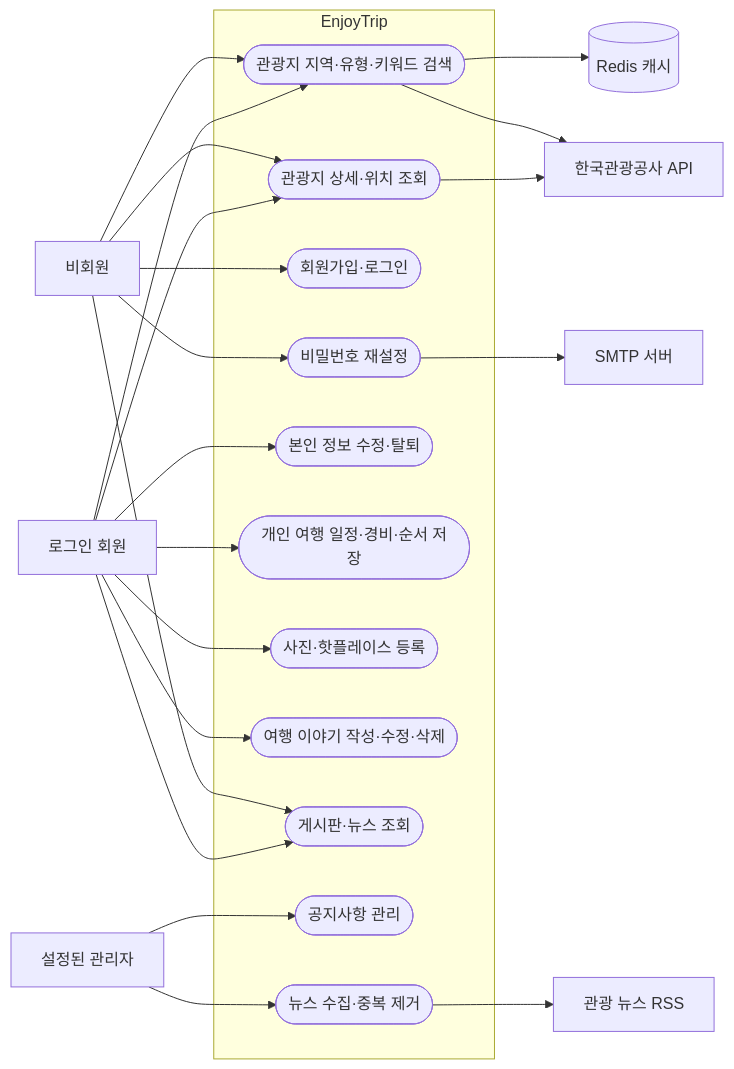
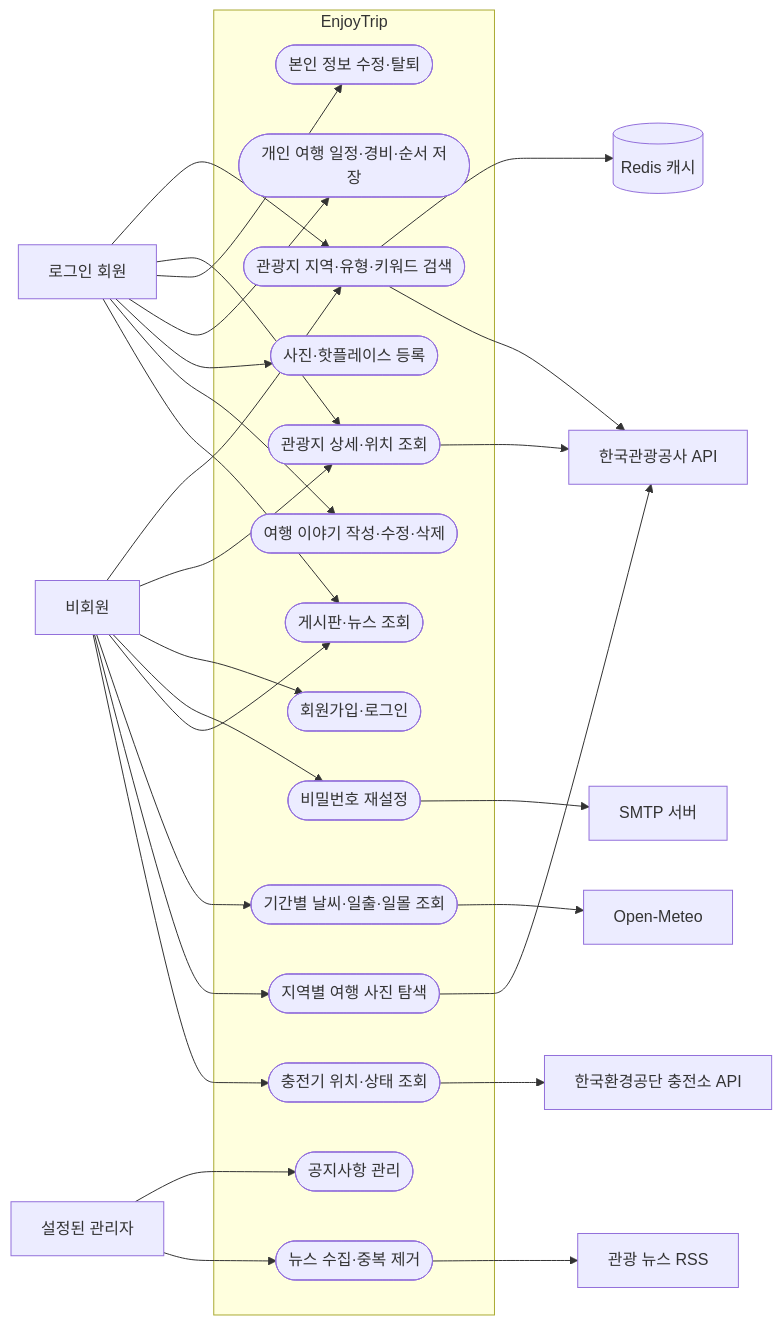
The diagram in docs/usecases.md (js05157/enjoytrip-portfolio), drawn with Mermaid before and after one commit. The commit also changed 7 other files, not shown here.

````diff
--- a/docs/usecases.md
+++ b/docs/usecases.md
@@ -3,31 +3,39 @@
 ```mermaid
 flowchart LR
     guest[비회원]
     member[로그인 회원]
     admin[설정된 관리자]
     tour[한국관광공사 API]
     redis[(Redis 캐시)]
     mail[SMTP 서버]
     feed[관광 뉴스 RSS]
+    weatherApi[Open-Meteo]
+    evApi[한국환경공단 충전소 API]
     subgraph EnjoyTrip
         search([관광지 지역·유형·키워드 검색])
         detail([관광지 상세·위치 조회])
         signup([회원가입·로그인])
         reset([비밀번호 재설정])
         profile([본인 정보 수정·탈퇴])
         plan([개인 여행 일정·경비·순서 저장])
         photo([사진·핫플레이스 등록])
         share([여행 이야기 작성·수정·삭제])
         read([게시판·뉴스 조회])
         notice([공지사항 관리])
         crawl([뉴스 수집·중복 제거])
+        weather([기간별 날씨·일출·일몰 조회])
+        gallery([지역별 여행 사진 탐색])
+        chargers([충전기 위치·상태 조회])
     end
-    guest --> search & detail & signup & reset & read
+    guest --> search & detail & signup & reset & read & weather & gallery & chargers
     member --> search & detail & profile & plan & photo & share & read
     admin --> notice & crawl
     search --> redis
     search --> tour
     detail --> tour
     reset --> mail
     crawl --> feed
+    weather --> weatherApi
+    chargers --> evApi
+    gallery --> tour
 ```
````
